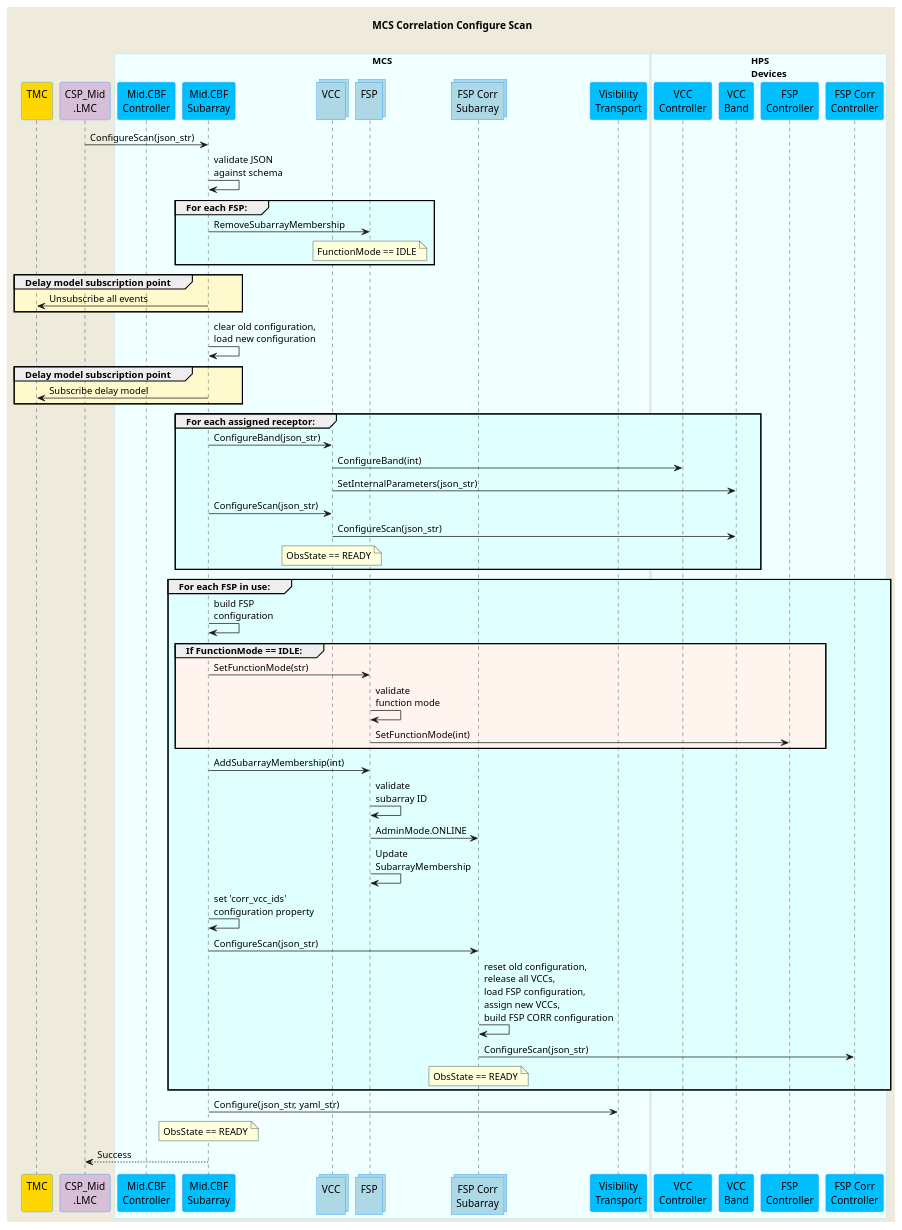
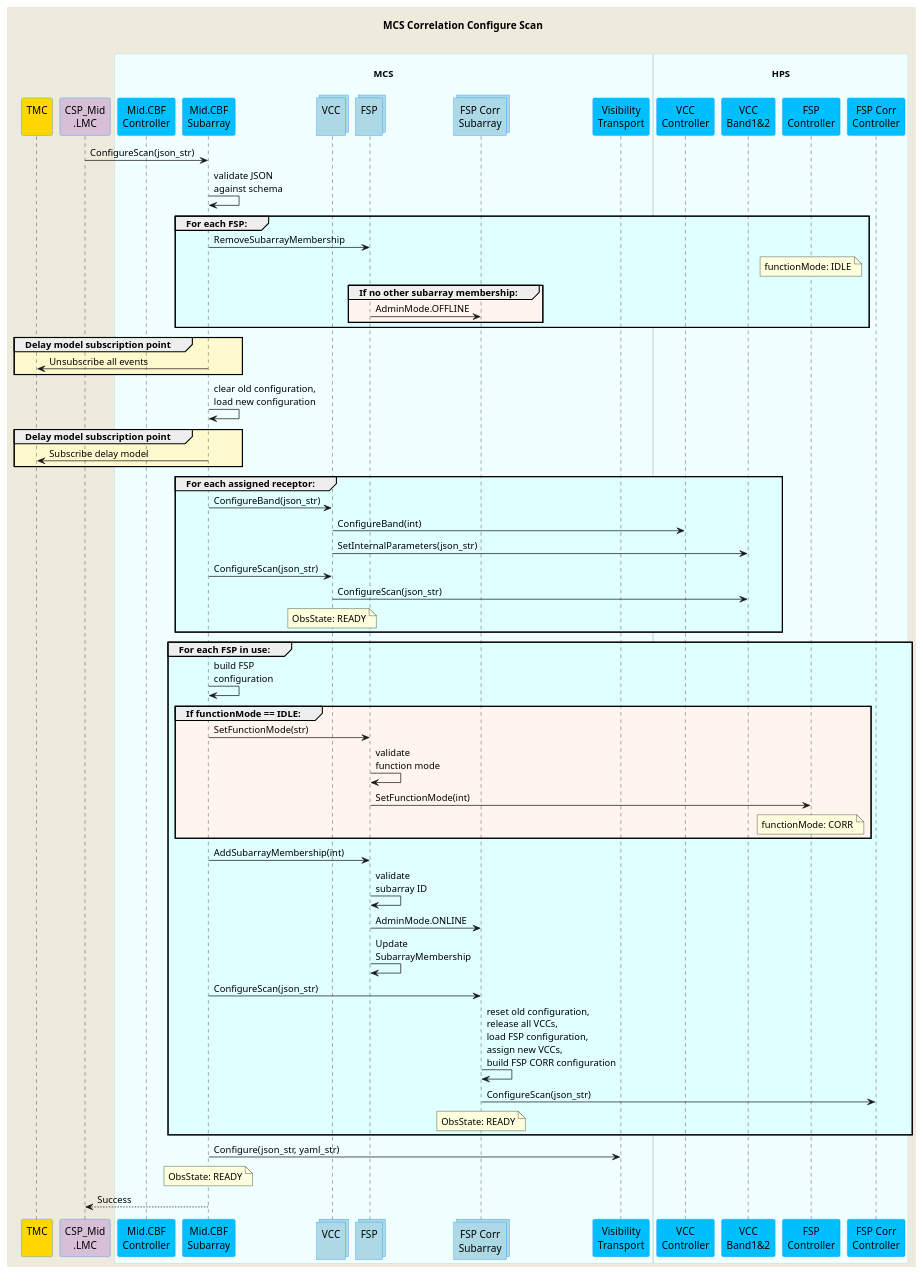
One commit to ska-telescope/mid-cbf-mcs changed the diagram in docs/src/diagrams/configure-corr-scan-mcs.puml. Above: the diagram before and after it, drawn with PlantUML. The commit also changed 8 other files, not shown here.

```diff
--- a/docs/src/diagrams/configure-corr-scan-mcs.puml
+++ b/docs/src/diagrams/configure-corr-scan-mcs.puml
@@ -1,92 +1,93 @@
 @startuml
 'https://plantuml.com/sequence-diagram
 
 skinparam backgroundColor #EEEBDC
 skinparam sequence {
     ParticipantBorderColor DodgerBlue
     ParticipantBackgroundColor DeepSkyBlue
     ActorBorderColor DarkGreen
     ActorBackgroundColor Green
     BoxBorderColor LightBlue
     BoxBackgroundColor #F0FFFF
 }
 skinparam collections {
     BackGroundColor LightBlue
     BorderColor DodgerBlue
 }
 
 title MCS Correlation Configure Scan\n
 
 participant "TMC\n" as tmc #Gold
 participant "CSP_Mid\n.LMC" as lmc #Thistle
-
-box "MCS"
-participant "Mid.CBF\nController" as controller
-participant "Mid.CBF\nSubarray" as subarray
-collections "VCC\n" as vcc
-collections "FSP\n" as fsp
-collections "FSP Corr\nSubarray" as fspcorr
-participant "Visibility\nTransport" as vis_trans
+box "\nMCS\n"
+    participant "Mid.CBF\nController" as controller
+    participant "Mid.CBF\nSubarray" as subarray
+    collections "VCC\n" as vcc
+    collections "FSP\n" as fsp
+    collections "FSP Corr\nSubarray" as fspcorr
+    participant "Visibility\nTransport" as vis_trans
 end box
-
-box "HPS\nDevices" 
-participant "VCC\nController" as vcc_cont
-participant "VCC\nBand" as vcc_band
-participant "FSP\nController" as fsp_cont
-participant "FSP Corr\nController" as fspcorr_cont
+box "\nHPS\n" 
+    participant "VCC\nController" as vcc_cont
+    participant "VCC\nBand1&2" as vcc_band
+    participant "FSP\nController" as fsp_cont
+    participant "FSP Corr\nController" as fspcorr_cont
 end box
 
 lmc         -> subarray     : ConfigureScan(json_str)
 subarray    -> subarray     : validate JSON\nagainst schema
 
 group #LightCyan For each FSP:
     subarray    -> fsp          : RemoveSubarrayMembership
-    note over fsp               : FunctionMode == IDLE
+    note over fsp_cont          : functionMode: IDLE
+    group #SeaShell If no other subarray membership:
+      fsp       ->  fspcorr     : AdminMode.OFFLINE
+    end group
 end group
 
 group #LemonChiffon Delay model subscription point
     subarray    -> tmc          : Unsubscribe all events
 end group
 
 subarray    -> subarray     : clear old configuration,\nload new configuration
 
 group #LemonChiffon Delay model subscription point
     subarray    -> tmc          : Subscribe delay model
 end group
 
 group #LightCyan For each assigned receptor:
     subarray    -> vcc          : ConfigureBand(json_str)
     vcc         -> vcc_cont     : ConfigureBand(int)
     vcc         -> vcc_band     : SetInternalParameters(json_str)
     subarray    -> vcc          : ConfigureScan(json_str)
     vcc         -> vcc_band     : ConfigureScan(json_str)
-    note over vcc               : ObsState == READY
+    note over vcc               : ObsState: READY
 end group
 
 group #LightCyan For each FSP in use:
     subarray    -> subarray     : build FSP\nconfiguration
 
-    group #SeaShell If FunctionMode == IDLE:
+    group #SeaShell If functionMode == IDLE:
         subarray    -> fsp          : SetFunctionMode(str)
         fsp         -> fsp          : validate\nfunction mode
         fsp         -> fsp_cont     : SetFunctionMode(int)
+        note over fsp_cont          : functionMode: CORR    
     end group
 
     subarray    -> fsp          : AddSubarrayMembership(int)
     fsp         -> fsp          : validate\nsubarray ID
     fsp         -> fspcorr      : AdminMode.ONLINE
     fsp         -> fsp          : Update\nSubarrayMembership
 
-    subarray    -> subarray     : set 'corr_vcc_ids'\nconfiguration property
     subarray    -> fspcorr      : ConfigureScan(json_str)
     fspcorr     -> fspcorr      : reset old configuration,\nrelease all VCCs,\nload FSP configuration,\nassign new VCCs,\nbuild FSP CORR configuration
     fspcorr     -> fspcorr_cont : ConfigureScan(json_str)
-    note over fspcorr           : ObsState == READY
+    note over fspcorr           : ObsState: READY
 end group
 
 subarray    -> vis_trans    : Configure(json_str, yaml_str)
 
-note over subarray          : ObsState == READY
+note over subarray          : ObsState: READY
 lmc        <-- subarray     : Success
 
 @enduml
```
